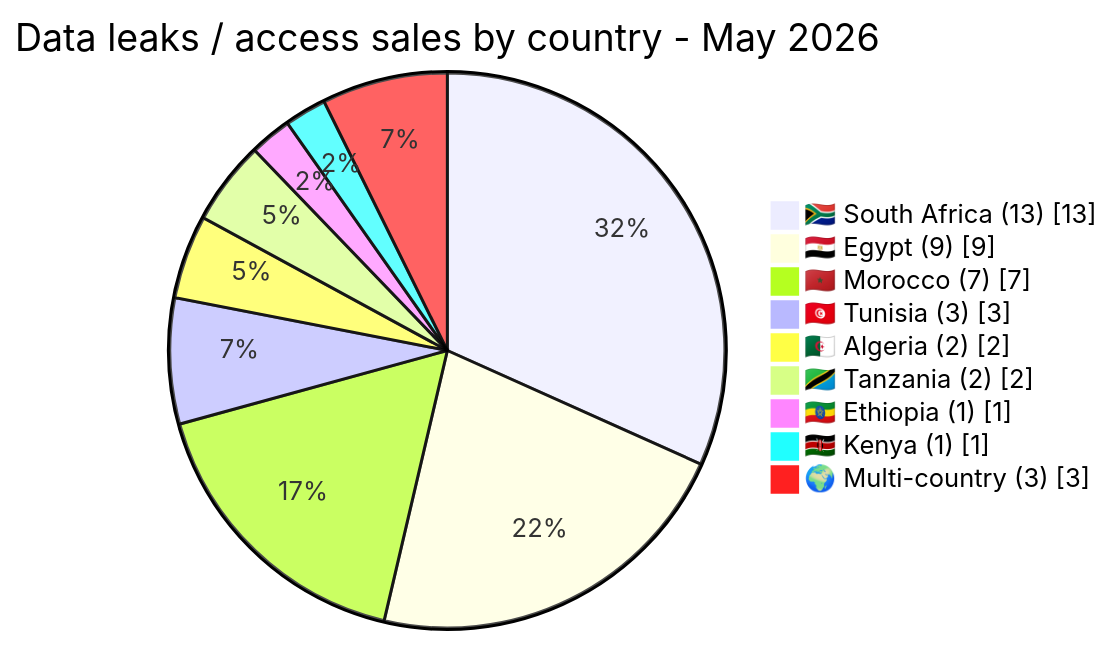
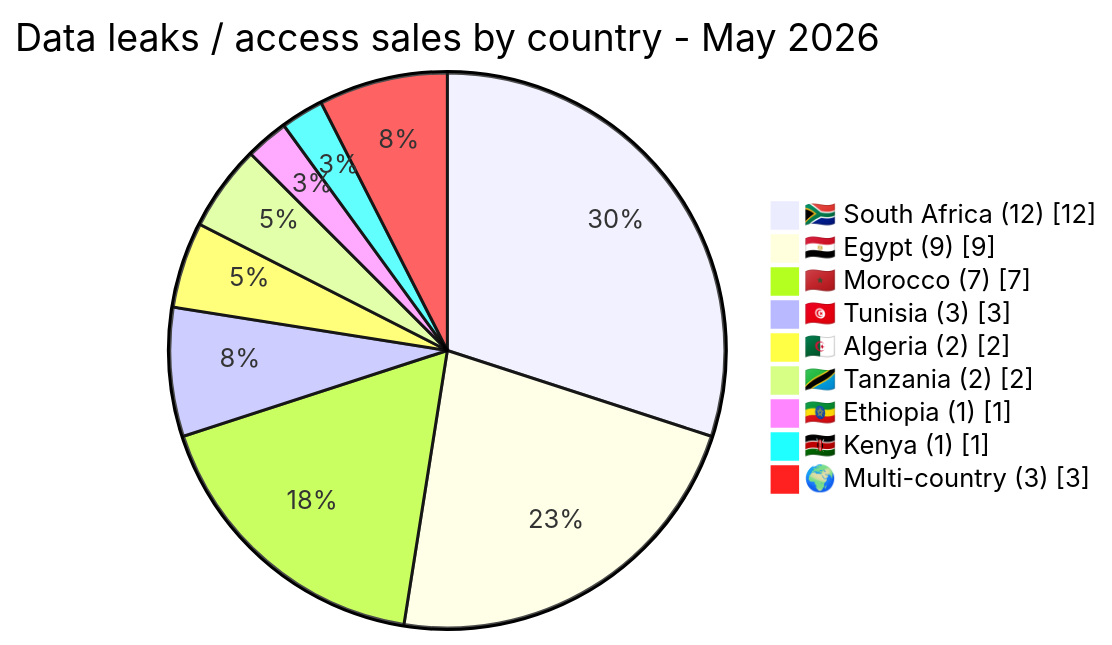
One commit to Hatchepsoute/AFRINTEL changed the third of 3 diagrams in visual-intelligence/05-may/ransomware-vs-leaks_may_2026.md. Above: the diagram before and after it, drawn with Mermaid. The commit also changed other lines of this file and 85 other files, not shown here.

````diff
--- a/visual-intelligence/05-may/ransomware-vs-leaks_may_2026.md
+++ b/visual-intelligence/05-may/ransomware-vs-leaks_may_2026.md
@@ -27,13 +27,13 @@
 ```mermaid
 pie showData
     title Data leaks / access sales by country - May 2026
-    "🇿🇦 South Africa (13)" : 13
+    "🇿🇦 South Africa (12)" : 12
     "🇪🇬 Egypt (9)" : 9
     "🇲🇦 Morocco (7)" : 7
     "🇹🇳 Tunisia (3)" : 3
     "🇩🇿 Algeria (2)" : 2
     "🇹🇿 Tanzania (2)" : 2
     "🇪🇹 Ethiopia (1)" : 1
     "🇰🇪 Kenya (1)" : 1
     "🌍 Multi-country (3)" : 3
 ```
````
